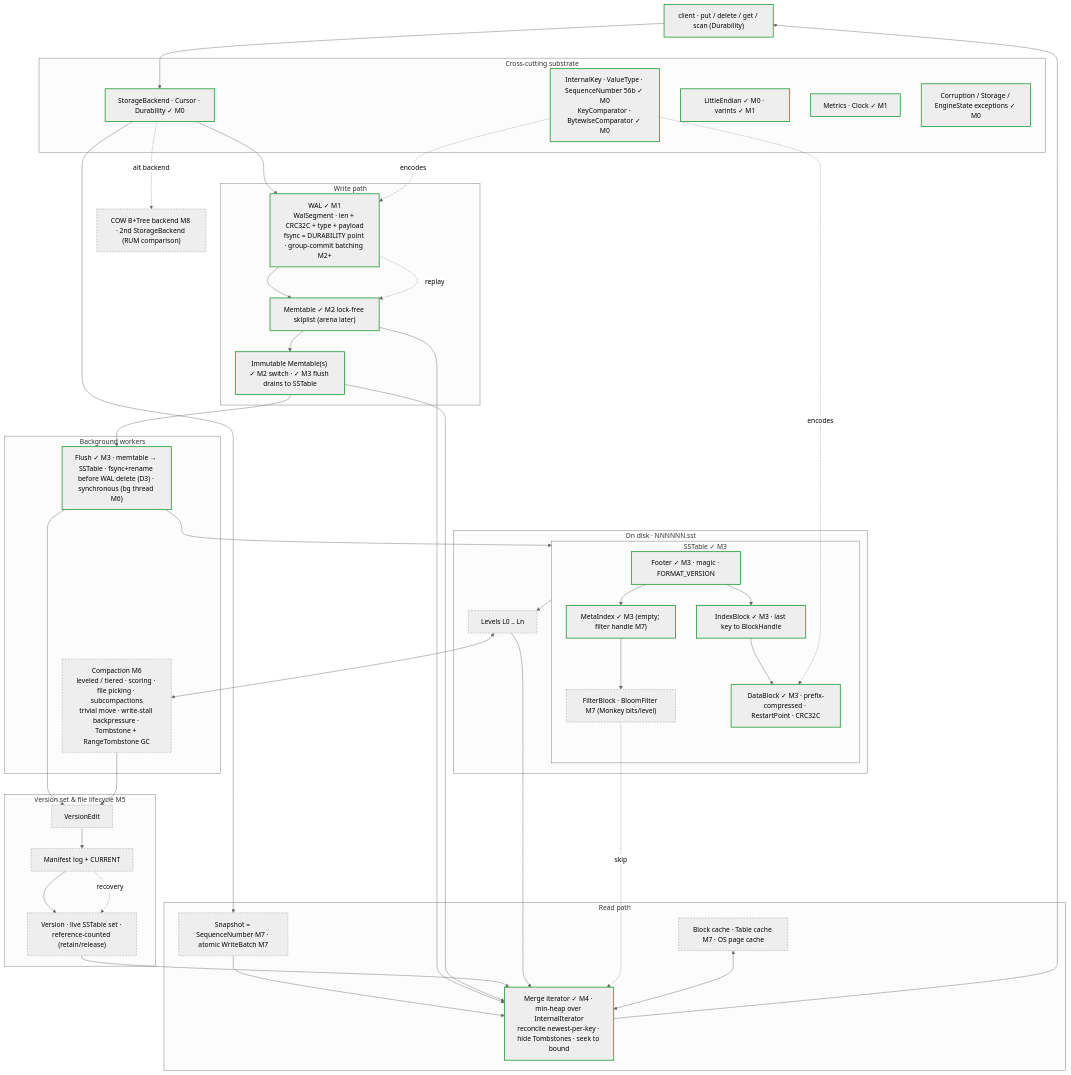
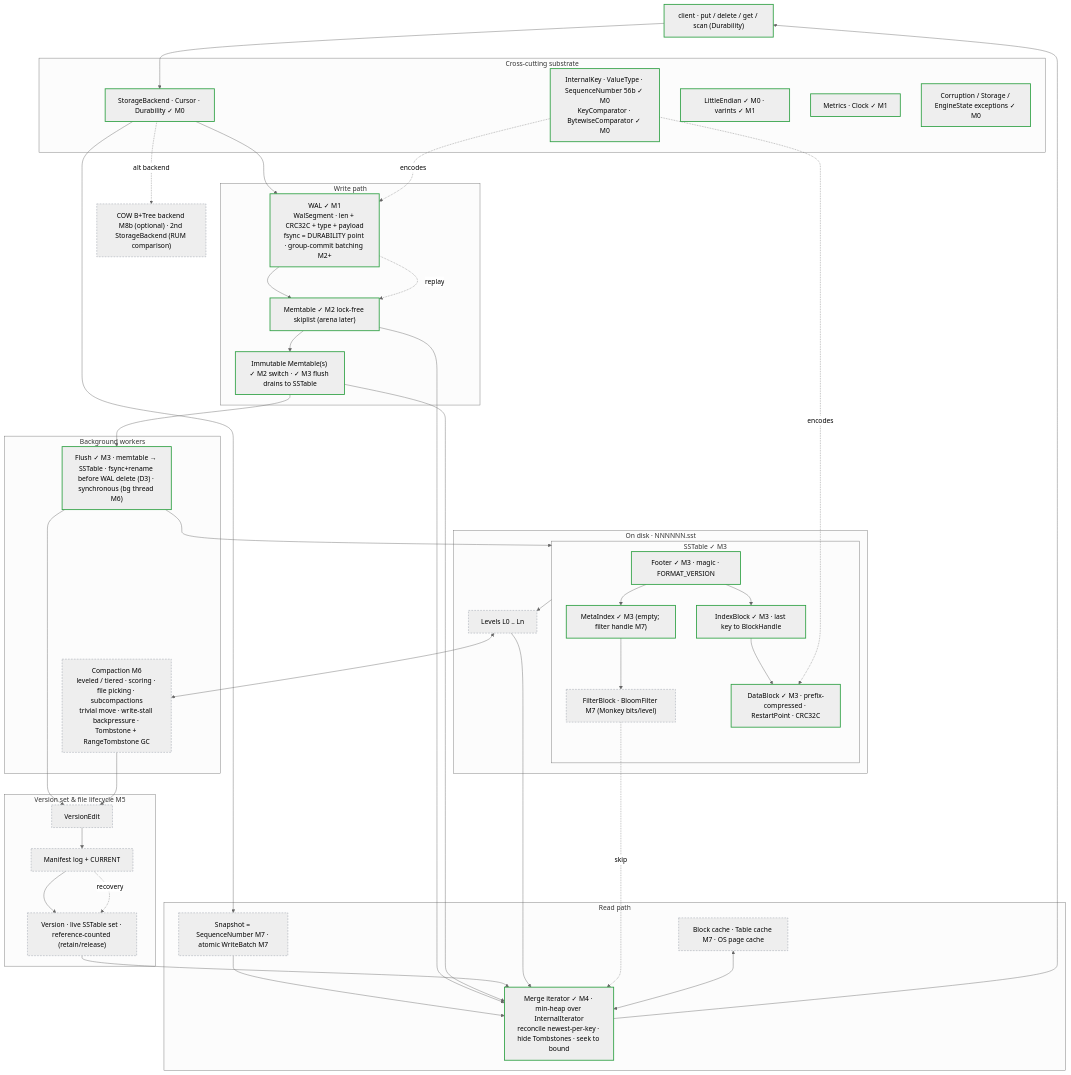
One commit to rahul-j0shi/shale changed the second of 5 diagrams in documentation/architecture/project-scope.md. Above: the diagram before and after it, drawn with Mermaid (neutral theme). The commit also changed other lines of this file and 2 other files, not shown here.

First line of the commit message:
docs(docs): point the README, doc map and scope diagrams at the plan

````diff
--- a/documentation/architecture/project-scope.md
+++ b/documentation/architecture/project-scope.md
@@ -46,82 +56,82 @@
 ```mermaid
 flowchart TB
   client["client · put / delete / get / scan (Durability)"]:::done
 
   subgraph xcut["Cross-cutting substrate"]
     spi["StorageBackend · Cursor · Durability ✓ M0"]:::done
     keyz["InternalKey · ValueType · SequenceNumber 56b ✓ M0<br/>KeyComparator · BytewiseComparator ✓ M0"]:::done
     codez["LittleEndian ✓ M0 · varints ✓ M1"]:::done
     obs["Metrics · Clock ✓ M1"]:::done
     errs["Corruption / Storage / EngineState exceptions ✓ M0"]:::done
   end
 
   subgraph wpath["Write path"]
     wal["WAL ✓ M1<br/>WalSegment · len + CRC32C + type + payload<br/>fsync = DURABILITY point · group-commit batching M2+"]:::done
     mem["Memtable ✓ M2 lock-free skiplist (arena later)"]:::done
     imm["Immutable Memtable(s) ✓ M2 switch · ✓ M3 flush drains to SSTable"]:::done
   end
 
   subgraph bg["Background workers"]
     flush["Flush ✓ M3 · memtable → SSTable · fsync+rename before WAL delete (D3) · synchronous (bg thread M6)"]:::done
     comp["Compaction M6<br/>leveled / tiered · scoring · file picking · subcompactions<br/>trivial move · write-stall backpressure · Tombstone + RangeTombstone GC"]:::plan
   end
 
   subgraph store["On disk · NNNNNN.sst"]
     subgraph sstable["SSTable ✓ M3"]
       ft["Footer ✓ M3 · magic · FORMAT_VERSION"]:::done
       idx["IndexBlock ✓ M3 · last key to BlockHandle"]:::done
       mi["MetaIndex ✓ M3 (empty; filter handle M7)"]:::done
       fb["FilterBlock · BloomFilter M7 (Monkey bits/level)"]:::plan
       db["DataBlock ✓ M3 · prefix-compressed · RestartPoint · CRC32C"]:::done
     end
     lvl["Levels L0 .. Ln"]:::plan
   end
 
   subgraph vers["Version set & file lifecycle M5"]
     edit["VersionEdit"]:::plan
     man["Manifest log + CURRENT"]:::plan
     ver["Version · live SSTable set · reference-counted (retain/release)"]:::plan
   end
 
   subgraph rpath["Read path"]
     snap["Snapshot = SequenceNumber M7 · atomic WriteBatch M7"]:::plan
     merge["Merge iterator ✓ M4 · min-heap over InternalIterator<br/>reconcile newest-per-key · hide Tombstones · seek to bound"]:::done
     cache["Block cache · Table cache M7 · OS page cache"]:::plan
   end
 
-  bpt["COW B+Tree backend M8 · 2nd StorageBackend (RUM comparison)"]:::plan
+  bpt["COW B+Tree backend M8b (optional) · 2nd StorageBackend (RUM comparison)"]:::plan
 
   client --> spi
   spi --> wal
   wal --> mem
   mem --> imm
   imm --> flush
   flush --> sstable
   sstable --> lvl
   ft --> idx
   ft --> mi
   idx --> db
   mi --> fb
   flush --> edit
   comp --> edit
   lvl <--> comp
   edit --> man
   man --> ver
   spi --> snap
   snap --> merge
   mem --> merge
   imm --> merge
   ver --> merge
   lvl --> merge
   fb -. skip .-> merge
   cache <--> merge
   merge --> client
   man -. recovery .-> ver
   wal -. replay .-> mem
   keyz -. encodes .-> wal
   keyz -. encodes .-> db
   spi -. alt backend .-> bpt
 
   classDef done stroke:#2ea043,stroke-width:2px;
   classDef plan stroke:#8b949e,stroke-width:1px,stroke-dasharray:4 3;
 ```
````
